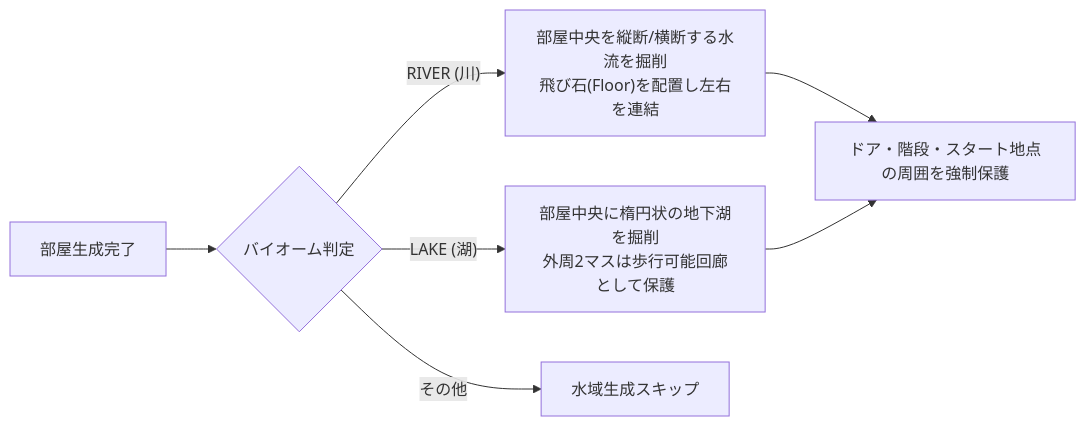
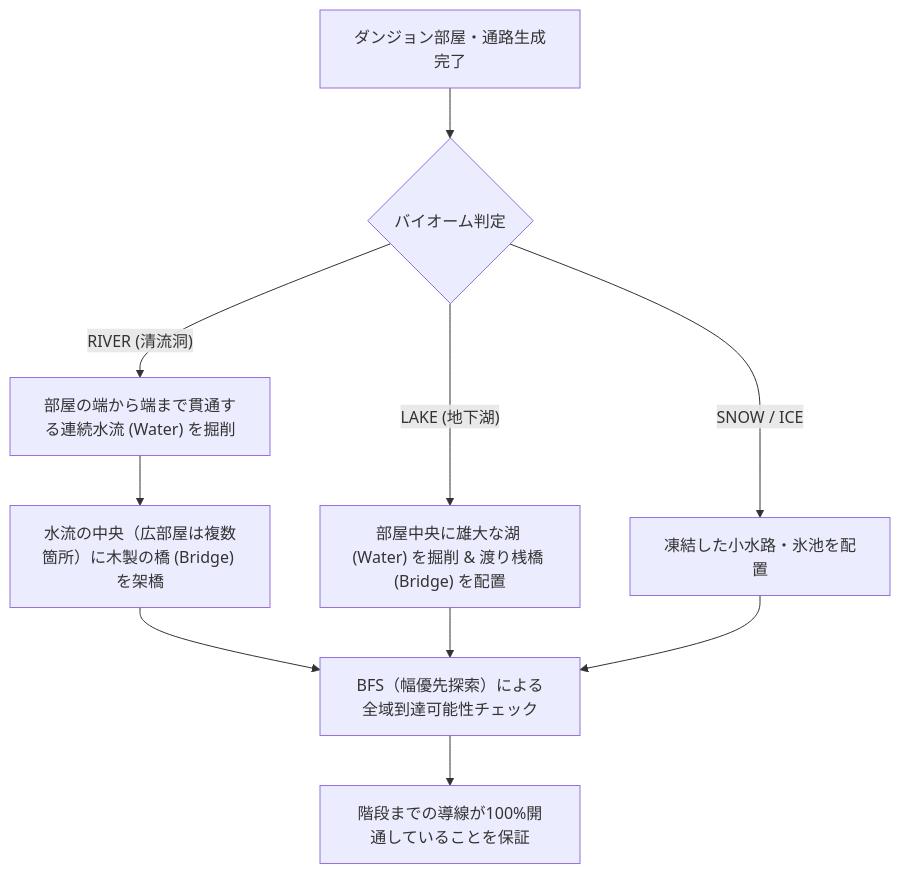
One commit to Katsu2013/antigravity-game-01 changed the second of 2 diagrams in docs/06_biomes_and_floors.md. Above: the diagram before and after it, drawn with Mermaid. The commit also changed other lines of this file and 68 other files, not shown here.

Commit message:
feat(docs&game): export SVG assets to docs, add SNOW/ICE biomes, connected rivers with wooden bridges, and adjust level-up HP recovery

````diff
--- a/docs/06_biomes_and_floors.md
+++ b/docs/06_biomes_and_floors.md
@@ -65,9 +143,12 @@
 ```mermaid
-graph LR
-    A["部屋生成完了"] --> B{"バイオーム判定"}
-    B -- "RIVER (川)" --> C["部屋中央を縦断/横断する水流を掘削<br/>飛び石(Floor)を配置し左右を連結"]
-    B -- "LAKE (湖)" --> D["部屋中央に楕円状の地下湖を掘削<br/>外周2マスは歩行可能回廊として保護"]
-    B -- "その他" --> E["水域生成スキップ"]
-    C --> F["ドア・階段・スタート地点の周囲を強制保護"]
-    D --> F
+graph TD
+    A["ダンジョン部屋・通路生成完了"] --> B{"バイオーム判定"}
+    B -- "RIVER (清流洞)" --> C["部屋の端から端まで貫通する連続水流 (Water) を掘削"]
+    C --> D["水流の中央（広部屋は複数箇所）に木製の橋 (Bridge) を架橋"]
+    B -- "LAKE (地下湖)" --> E["部屋中央に雄大な湖 (Water) を掘削 & 渡り桟橋 (Bridge) を配置"]
+    B -- "SNOW / ICE" --> F["凍結した小水路・氷池を配置"]
+    D --> G["BFS（幅優先探索）による全域到達可能性チェック"]
+    E --> G
+    F --> G
+    G --> H["階段までの導線が100%開通していることを保証"]
 ```
````
